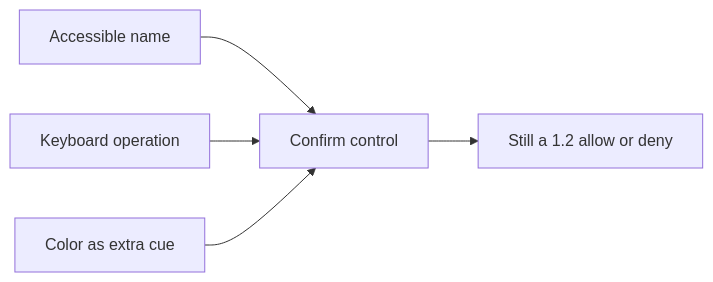
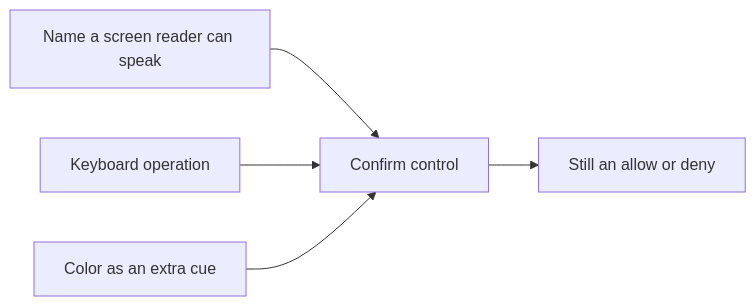
The diagram in content/modules/1/1.4/lessons/04-build.md (ishitvagoel/LearnSecurity), drawn with Mermaid before and after one commit. The commit also changed other lines of this file and 44 other files, not shown here.

````diff
--- a/content/modules/1/1.4/lessons/04-build.md
+++ b/content/modules/1/1.4/lessons/04-build.md
@@ -16,7 +14,7 @@
 ```mermaid
 flowchart LR
-  Name[Accessible name] --> Ctrl[Confirm control]
+  Name[Name a screen reader can speak] --> Ctrl[Confirm control]
   Key[Keyboard operation] --> Ctrl
-  Color[Color as extra cue] --> Ctrl
-  Ctrl --> Decision["Still a 1.2 allow or deny"]
+  Color[Color as an extra cue] --> Ctrl
+  Ctrl --> Decision[Still an allow or deny]
 ```
````
